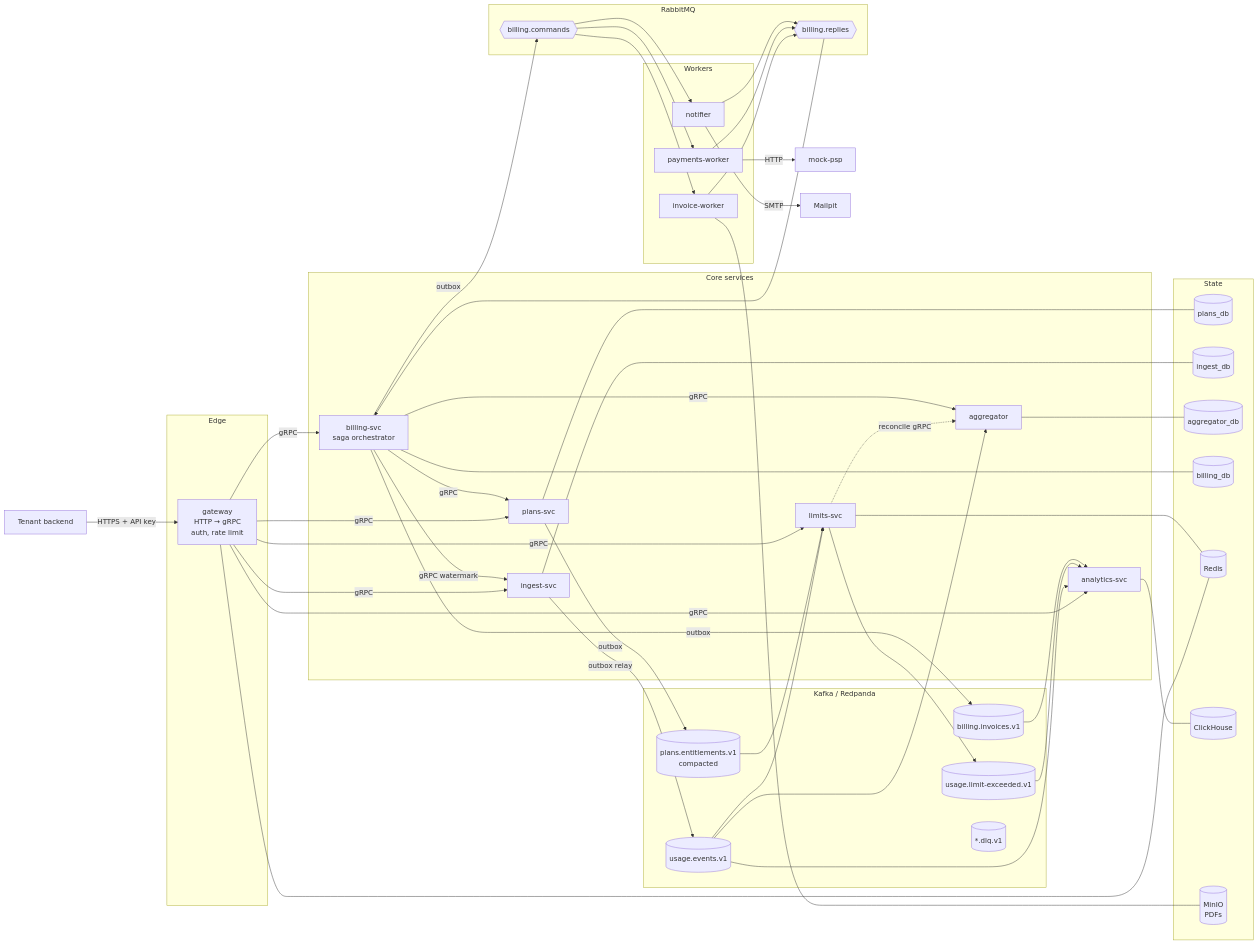
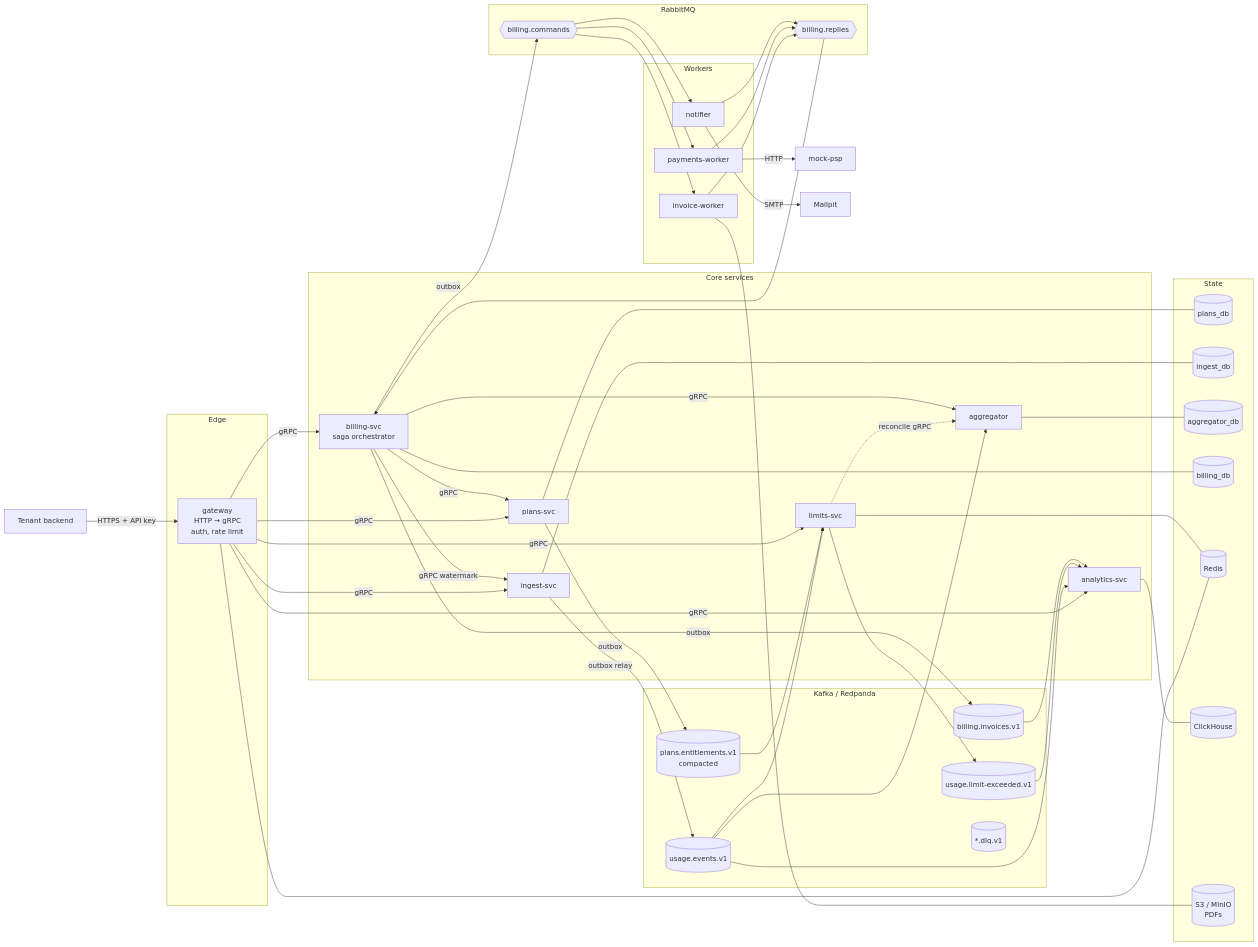
One commit to 0furkancolak/payrudder changed the first of 4 diagrams in docs/02-architecture.md. Above: the diagram before and after it, drawn with Mermaid. The commit also changed other lines of this file and 18 other files, not shown here.

```diff
--- a/docs/02-architecture.md
+++ b/docs/02-architecture.md
@@ -58,7 +58,7 @@
         pgBill[(billing_db)]
         redis[(Redis)]
         ch[(ClickHouse)]
-        minio[(MinIO<br/>PDFs)]
+        minio[(S3 / MinIO<br/>PDFs)]
     end
 
     psp[mock-psp]
```
